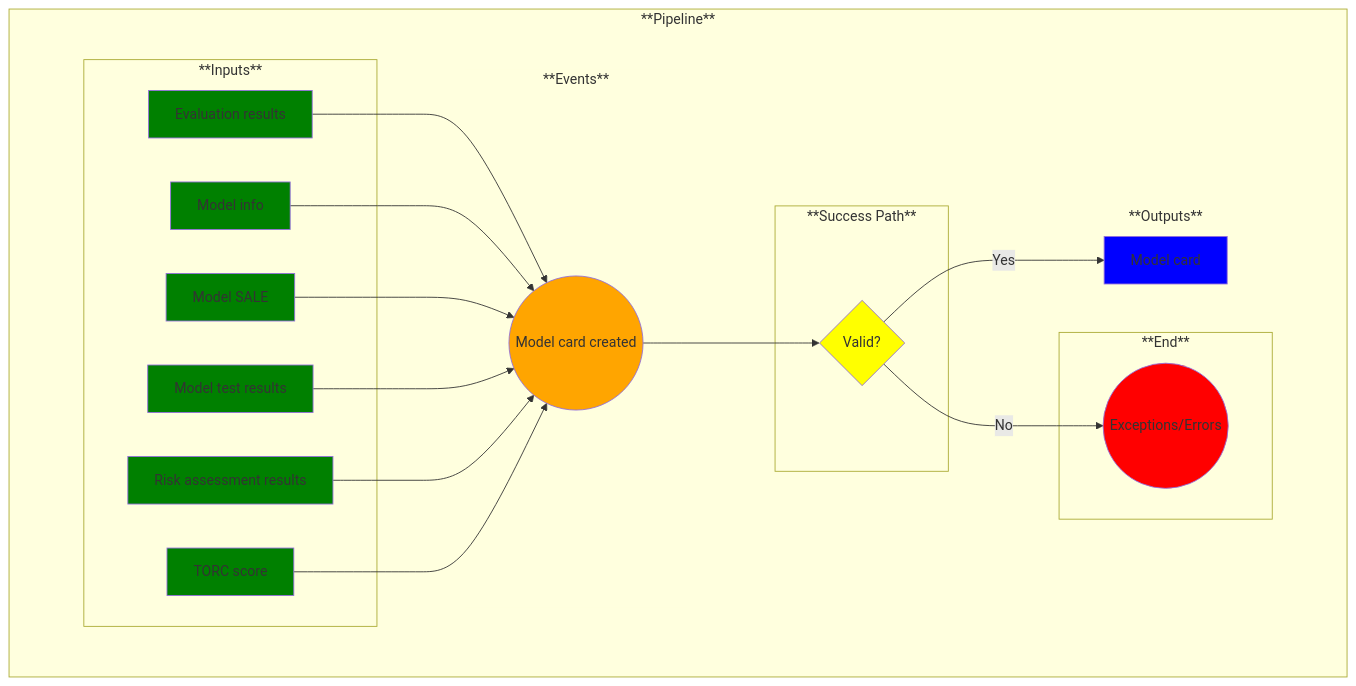
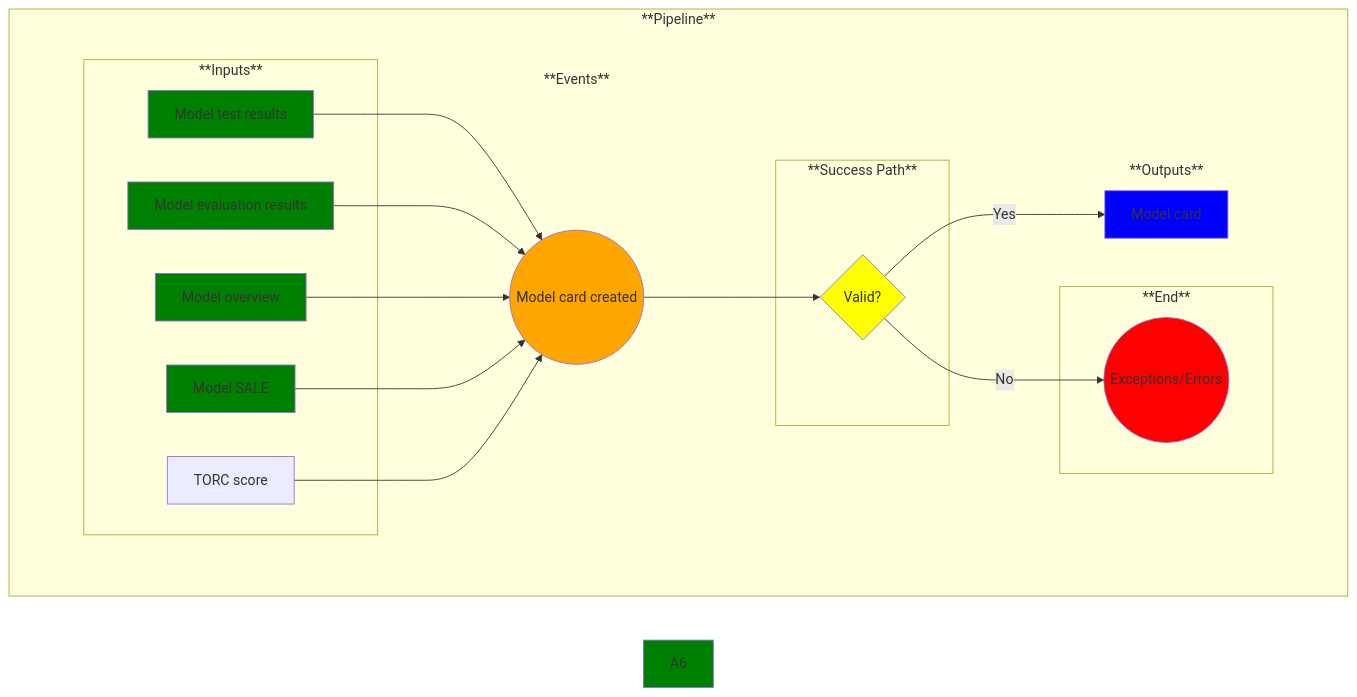
One commit to MLOps-OpenAPI/arch-diagrams changed the diagram in use-cases/15-model-card-created.md. Above: the diagram before and after it, drawn with Mermaid. The commit also changed other lines of this file, not shown here.

Commit message:
Revised model info to model overview

```diff
--- a/use-cases/15-model-card-created.md
+++ b/use-cases/15-model-card-created.md
@@ -48,9 +47,6 @@
             subgraph Inputs ["**Inputs**"]
                 A5
             end
-            subgraph Inputs ["**Inputs**"]
-                A6
-            end
             subgraph Events ["**Events**"]
                 B
             end
@@ -69,7 +65,6 @@
         A3-->B
         A4-->B
         A5-->B
-        A6-->B
         C--> | No | D
         B-->C
         C--> | Yes | E
@@ -78,22 +73,19 @@
     %% Now label and style the blocks
     %% Note: You could have done this above, but I find this to be cleaner and easier to manage
 
-    A1[Evaluation results]
+    A1[Model test results]
     style A1 fill:green
 
-    A2[Model info]
+    A2[Model evaluation results]
     style A2 fill:green
 
-    A3[Model SALE]
+    A3[Model overview]
     style A3 fill:green
 
-    A4[Model test results]
+    A4[Model SALE]
     style A4 fill:green
 
-    A5[Risk assessment results]
-    style A5 fill:green
-
-    A6[TORC score]
+    A5[TORC score]
     style A6 fill:green
 
     B((Model card created))
```
